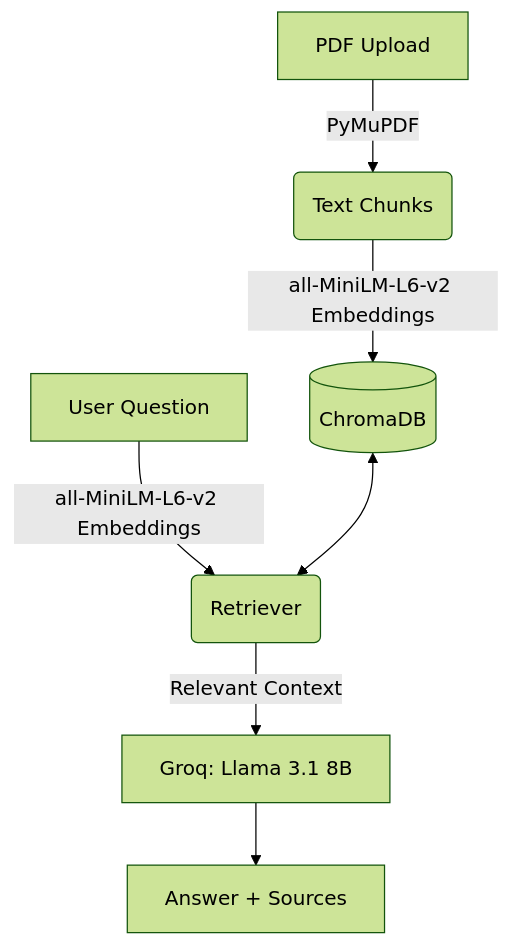
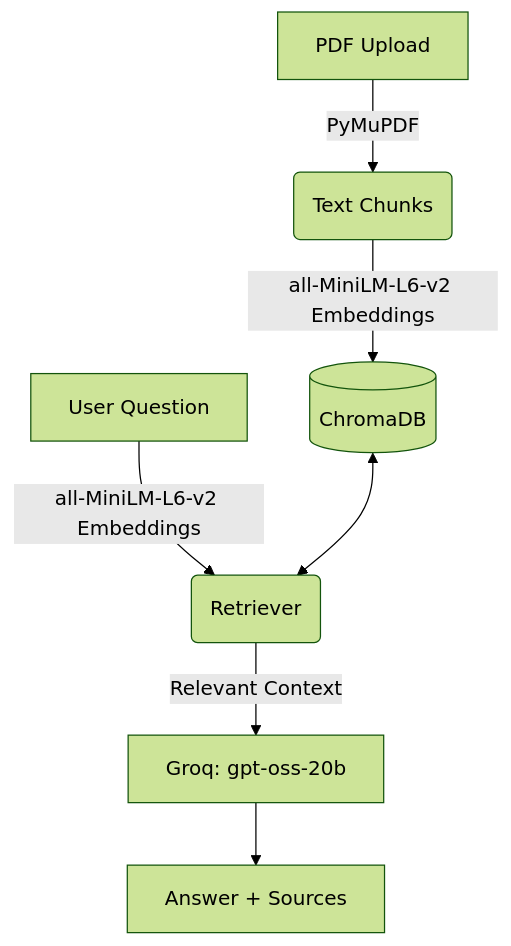
One commit to anjanpadaki/Placementor-AI changed the diagram in README.md. Above: the diagram before and after it, drawn with Mermaid (forest theme). The commit also changed other lines of this file and 14 other files, not shown here.

````diff
--- a/README.md
+++ b/README.md
@@ -11,10 +11,10 @@
 ```mermaid
 graph TD
     A[PDF Upload] -->|PyMuPDF| B(Text Chunks)
     B -->|all-MiniLM-L6-v2 Embeddings| C[(ChromaDB)]
     
     D[User Question] -->|all-MiniLM-L6-v2 Embeddings| E(Retriever)
     C <--> E
-    E -->|Relevant Context| F[Groq: Llama 3.1 8B]
+    E -->|Relevant Context| F[Groq: gpt-oss-20b]
     F --> G[Answer + Sources]
 ```
````
